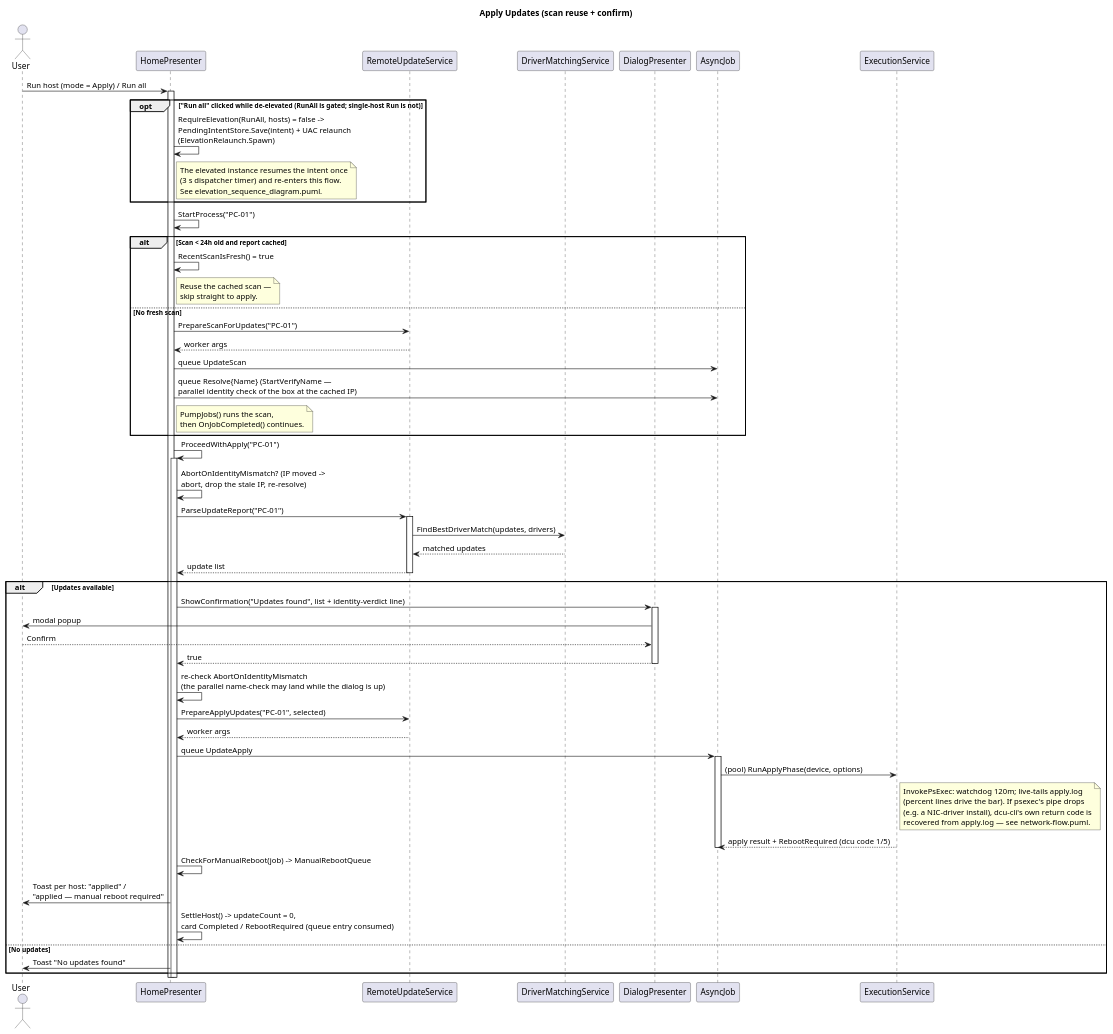
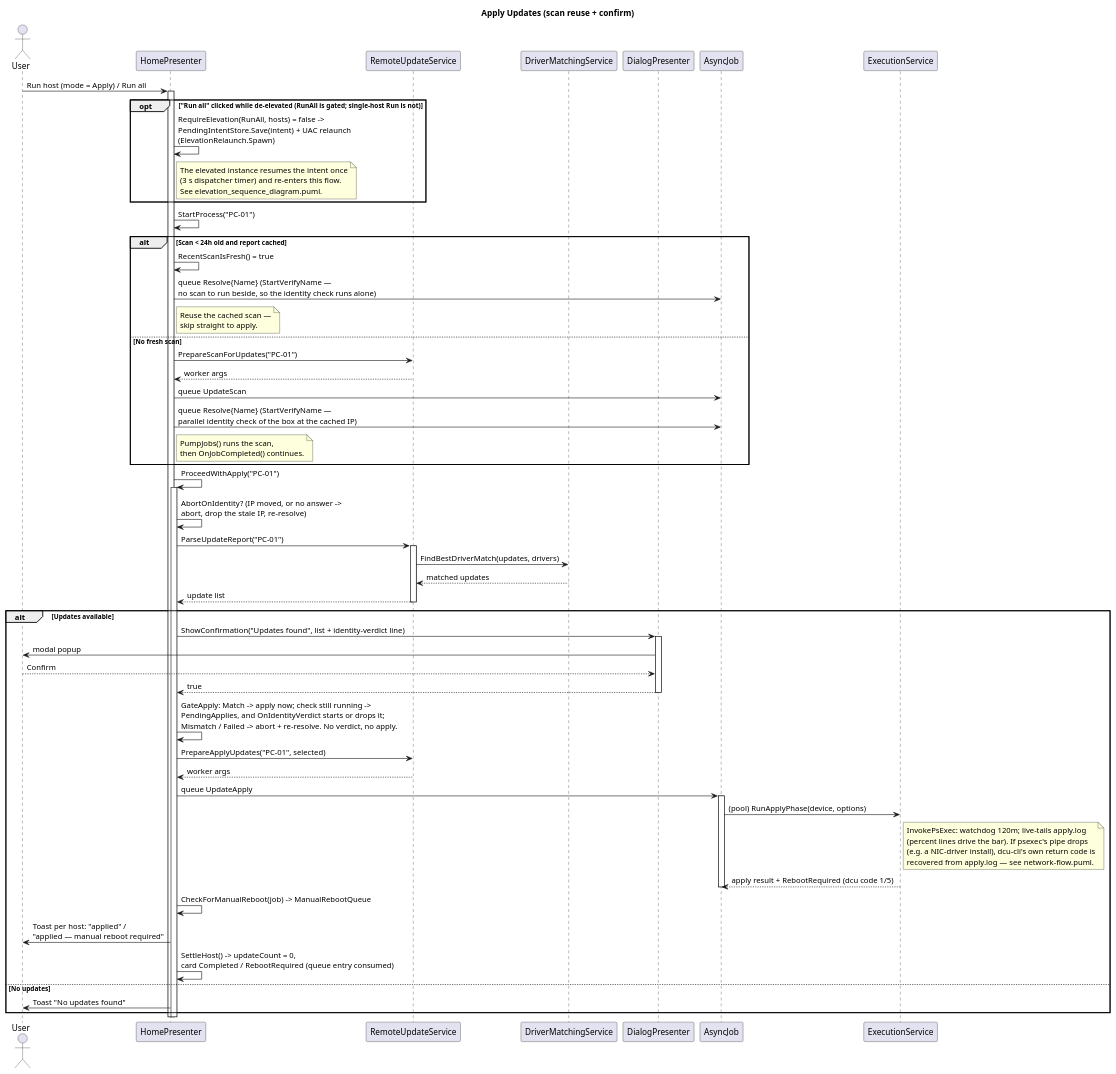
The diagram in docs/diagrams/applyUpdates_sequence_diagram.puml (Danial-Changez/DONUT), drawn with PlantUML before and after one commit. The commit also changed 10 other files, not shown here.

First line of the commit message:
fix: an apply waits for the identity verdict, and a reused scan runs the check too

```diff
--- a/docs/diagrams/applyUpdates_sequence_diagram.puml
+++ b/docs/diagrams/applyUpdates_sequence_diagram.puml
@@ -1,68 +1,69 @@
 @startuml applyUpdates_sequence_diagram
 title Apply Updates (scan reuse + confirm)
 
 actor User
 participant "HomePresenter" as Presenter
 participant "RemoteUpdateService" as Update
 participant "DriverMatchingService" as Matcher
 participant "DialogPresenter" as Dialog
 participant "AsyncJob" as Job
 participant "ExecutionService" as Exec
 
 User -> Presenter: Run host (mode = Apply) / Run all
 activate Presenter
 
 opt "Run all" clicked while de-elevated (RunAll is gated; single-host Run is not)
     Presenter -> Presenter: RequireElevation(RunAll, hosts) = false ->\nPendingIntentStore.Save(intent) + UAC relaunch\n(ElevationRelaunch.Spawn)
     note right of Presenter: The elevated instance resumes the intent once\n(3 s dispatcher timer) and re-enters this flow.\nSee elevation_sequence_diagram.puml.
 end
 
 Presenter -> Presenter: StartProcess("PC-01")
 
 alt Scan < 24h old and report cached
     Presenter -> Presenter: RecentScanIsFresh() = true
+    Presenter -> Job: queue Resolve{Name} (StartVerifyName —\nno scan to run beside, so the identity check runs alone)
     note right of Presenter: Reuse the cached scan —\nskip straight to apply.
 else No fresh scan
     Presenter -> Update: PrepareScanForUpdates("PC-01")
     Update --> Presenter: worker args
     Presenter -> Job: queue UpdateScan
     Presenter -> Job: queue Resolve{Name} (StartVerifyName —\nparallel identity check of the box at the cached IP)
     note right of Presenter: PumpJobs() runs the scan,\nthen OnJobCompleted() continues.
 end
 
 Presenter -> Presenter: ProceedWithApply("PC-01")
 activate Presenter
-Presenter -> Presenter: AbortOnIdentityMismatch? (IP moved ->\nabort, drop the stale IP, re-resolve)
+Presenter -> Presenter: AbortOnIdentity? (IP moved, or no answer ->\nabort, drop the stale IP, re-resolve)
 Presenter -> Update: ParseUpdateReport("PC-01")
 activate Update
 Update -> Matcher: FindBestDriverMatch(updates, drivers)
 Matcher --> Update: matched updates
 Update --> Presenter: update list
 deactivate Update
 
 alt Updates available
     Presenter -> Dialog: ShowConfirmation("Updates found", list + identity-verdict line)
     activate Dialog
     Dialog -> User: modal popup
     User --> Dialog: Confirm
     Dialog --> Presenter: true
     deactivate Dialog
-    Presenter -> Presenter: re-check AbortOnIdentityMismatch\n(the parallel name-check may land while the dialog is up)
+    Presenter -> Presenter: GateApply: Match -> apply now; check still running ->\nPendingApplies, and OnIdentityVerdict starts or drops it;\nMismatch / Failed -> abort + re-resolve. No verdict, no apply.
 
     Presenter -> Update: PrepareApplyUpdates("PC-01", selected)
     Update --> Presenter: worker args
     Presenter -> Job: queue UpdateApply
     activate Job
     Job -> Exec: (pool) RunApplyPhase(device, options)
     note right of Exec: InvokePsExec: watchdog 120m; live-tails apply.log\n(percent lines drive the bar). If psexec's pipe drops\n(e.g. a NIC-driver install), dcu-cli's own return code is\nrecovered from apply.log — see network-flow.puml.
     Exec --> Job: apply result + RebootRequired (dcu code 1/5)
     deactivate Job
     Presenter -> Presenter: CheckForManualReboot(job) -> ManualRebootQueue
     Presenter -> User: Toast per host: "applied" /\n"applied — manual reboot required"
     Presenter -> Presenter: SettleHost() -> updateCount = 0,\ncard Completed / RebootRequired (queue entry consumed)
 else No updates
     Presenter -> User: Toast "No updates found"
 end
 deactivate Presenter
 deactivate Presenter
 @enduml
```
